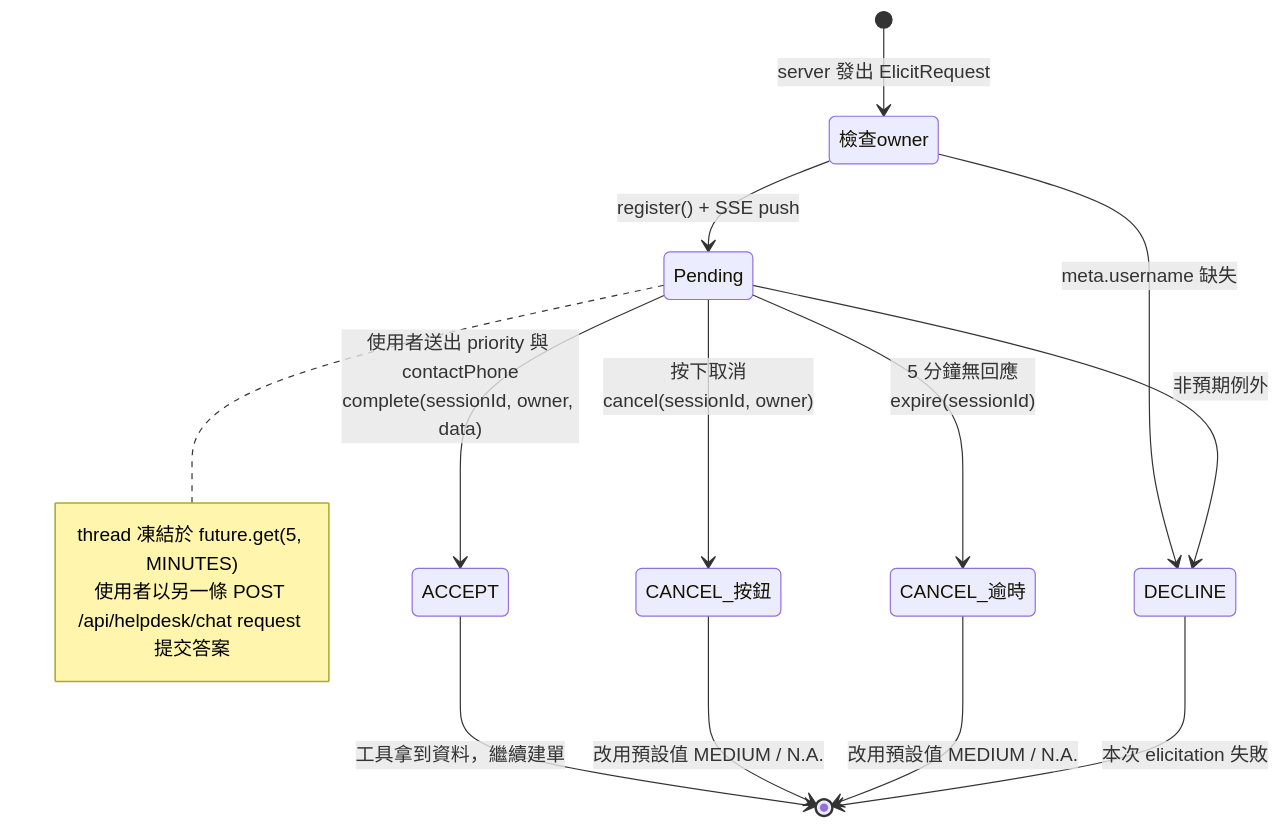
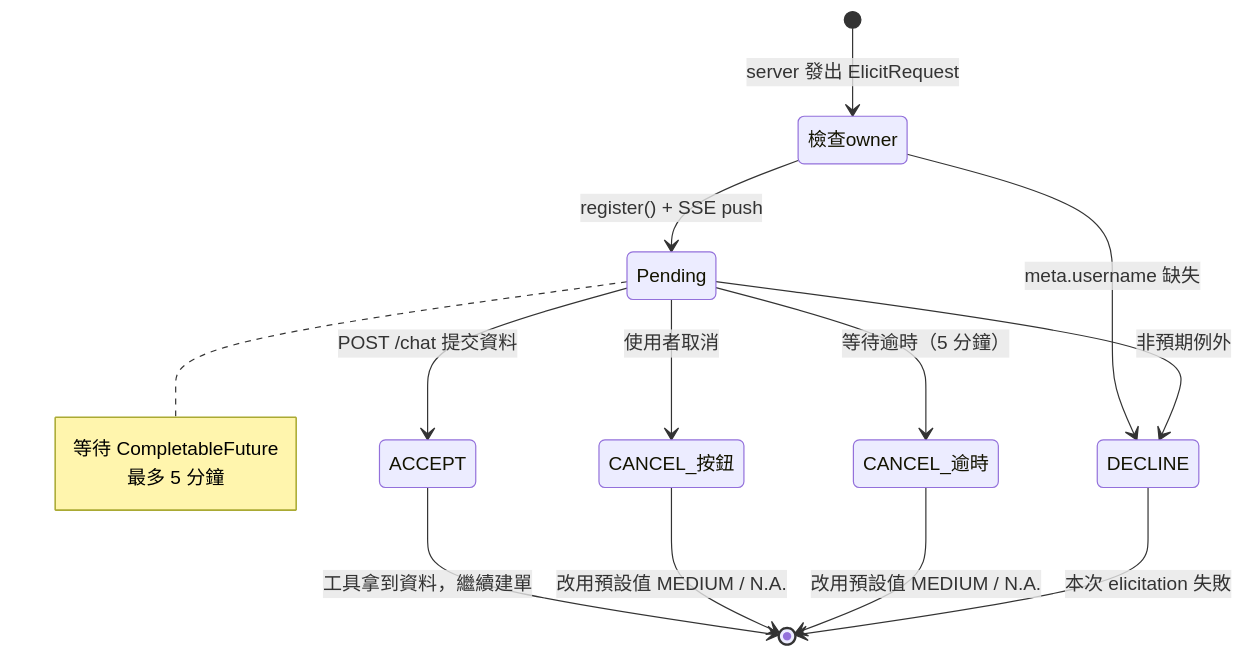
Before and after one commit to tonysk0210/springai-mcp-stdio: the second of 3 diagrams in README.md, drawn with Mermaid. The commit also changed other lines of this file, not shown here.

````diff
--- a/README.md
+++ b/README.md
@@ -132,22 +132,22 @@
 ```mermaid
 stateDiagram-v2
     [*] --> 檢查owner: server 發出 ElicitRequest
 
     檢查owner --> DECLINE: meta.username 缺失
     檢查owner --> Pending: register() + SSE push
 
-    Pending --> ACCEPT: 使用者送出 priority 與 contactPhone<br/>complete(sessionId, owner, data)
-    Pending --> CANCEL_按鈕: 按下取消<br/>cancel(sessionId, owner)
-    Pending --> CANCEL_逾時: 5 分鐘無回應<br/>expire(sessionId)
+    Pending --> ACCEPT: POST /chat 提交資料
+    Pending --> CANCEL_按鈕: 使用者取消
+    Pending --> CANCEL_逾時: 等待逾時（5 分鐘）
     Pending --> DECLINE: 非預期例外
 
     ACCEPT --> [*]: 工具拿到資料，繼續建單
     CANCEL_按鈕 --> [*]: 改用預設值 MEDIUM / N.A.
     CANCEL_逾時 --> [*]: 改用預設值 MEDIUM / N.A.
     DECLINE --> [*]: 本次 elicitation 失敗
 
     note right of Pending
-        thread 凍結於 future.get(5, MINUTES)
-        使用者以另一條 POST /api/helpdesk/chat request 提交答案
+        等待 CompletableFuture
+        最多 5 分鐘
     end note
 ```
````
